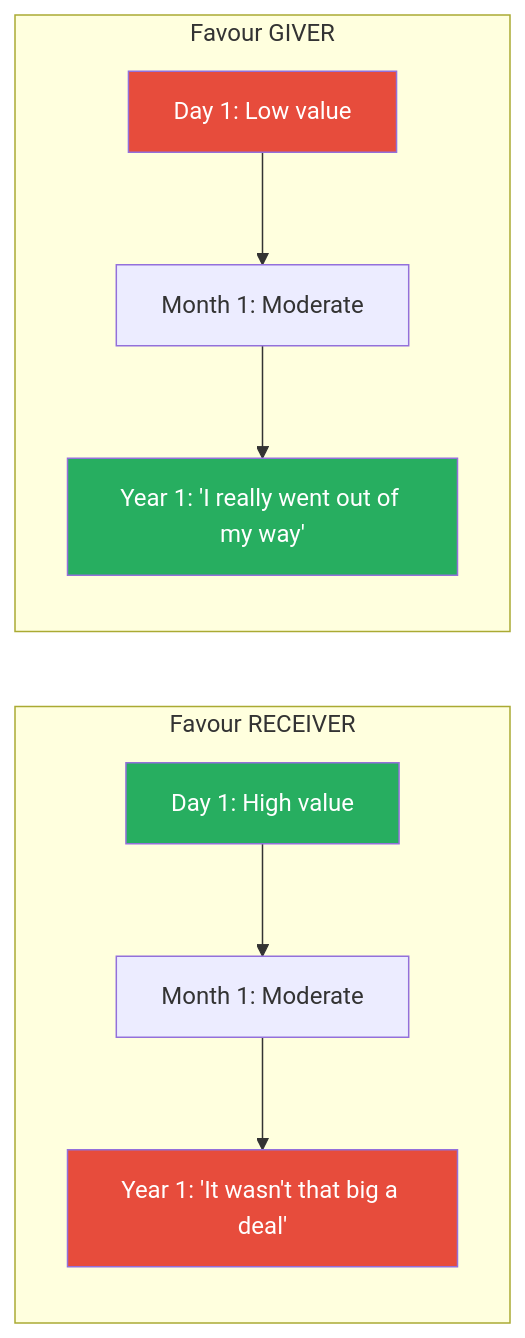
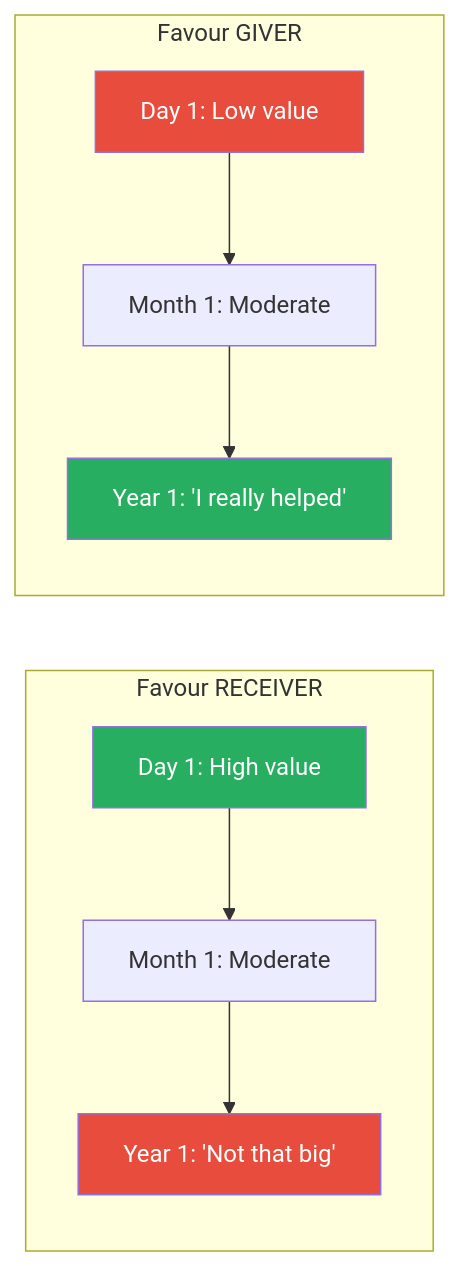
One commit to alius33/reader changed the fourth of 10 diagrams in summaries/Power & Influence/Yes! 50 Scientifically Proven Ways - Goldstein, Martin & Cialdini.md. Above: the diagram before and after it, drawn with Mermaid. The commit also changed other lines of this file and 272 other files, not shown here.

````diff
--- a/summaries/Power & Influence/Yes! 50 Scientifically Proven Ways - Goldstein, Martin & Cialdini.md
+++ b/summaries/Power & Influence/Yes! 50 Scientifically Proven Ways - Goldstein, Martin & Cialdini.md
@@ -285,13 +589,13 @@
 ```mermaid
 flowchart LR
     subgraph receiver ["Favour RECEIVER"]
-        R1["Day 1: High value"] --> R2["Month 1: Moderate"] --> R3["Year 1: 'It wasn't that big a deal'"]
+        R1["Day 1: High value"] --> R2["Month 1: Moderate"] --> R3["Year 1: 'Not that big'"]
     end
     subgraph giver ["Favour GIVER"]
-        G1["Day 1: Low value"] --> G2["Month 1: Moderate"] --> G3["Year 1: 'I really went out of my way'"]
+        G1["Day 1: Low value"] --> G2["Month 1: Moderate"] --> G3["Year 1: 'I really helped'"]
     end
     style R1 fill:#27ae60,color:#fff
     style R3 fill:#e74c3c,color:#fff
     style G1 fill:#e74c3c,color:#fff
     style G3 fill:#27ae60,color:#fff
 ```
````
